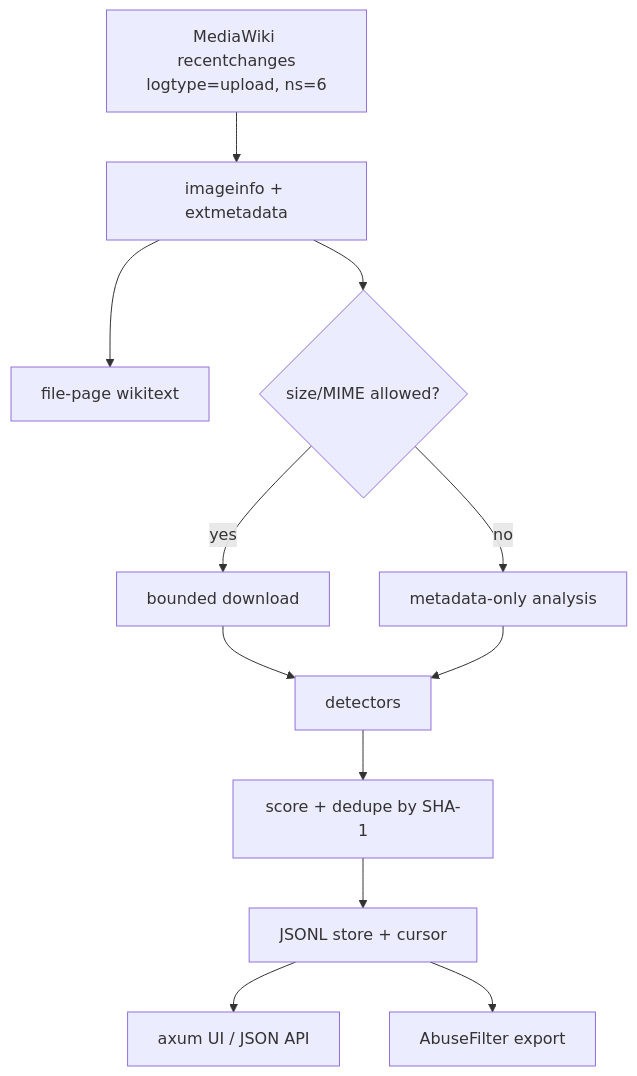
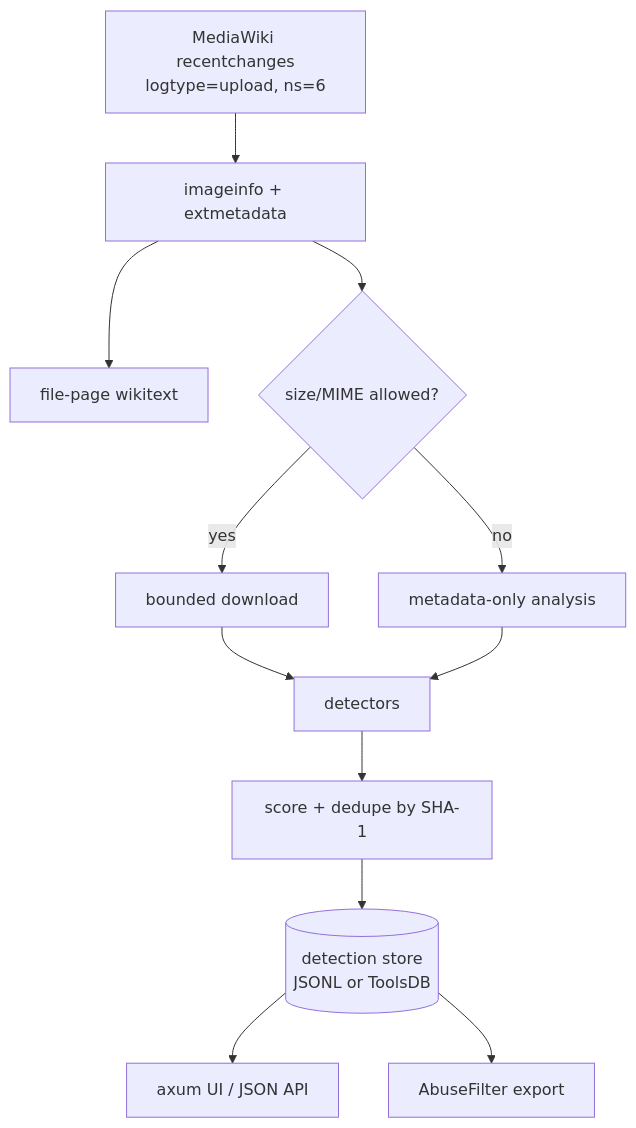
Before and after one commit to magnusmanske/faike: the diagram in README.md, drawn with Mermaid. The commit also changed other lines of this file and 11 other files, not shown here.

````diff
--- a/README.md
+++ b/README.md
@@ -67,14 +68,14 @@
 ```mermaid
 flowchart TD
     A[MediaWiki recentchanges<br/>logtype=upload, ns=6] --> B[imageinfo + extmetadata]
     B --> C[file-page wikitext]
     B --> D{size/MIME allowed?}
     D -- yes --> E[bounded download]
     D -- no --> F[metadata-only analysis]
     E --> G[detectors]
     F --> G
     G --> H[score + dedupe by SHA-1]
-    H --> I[JSONL store + cursor]
+    H --> I[(detection store<br/>JSONL or ToolsDB)]
     I --> J[axum UI / JSON API]
     I --> K[AbuseFilter export]
 ```
````
